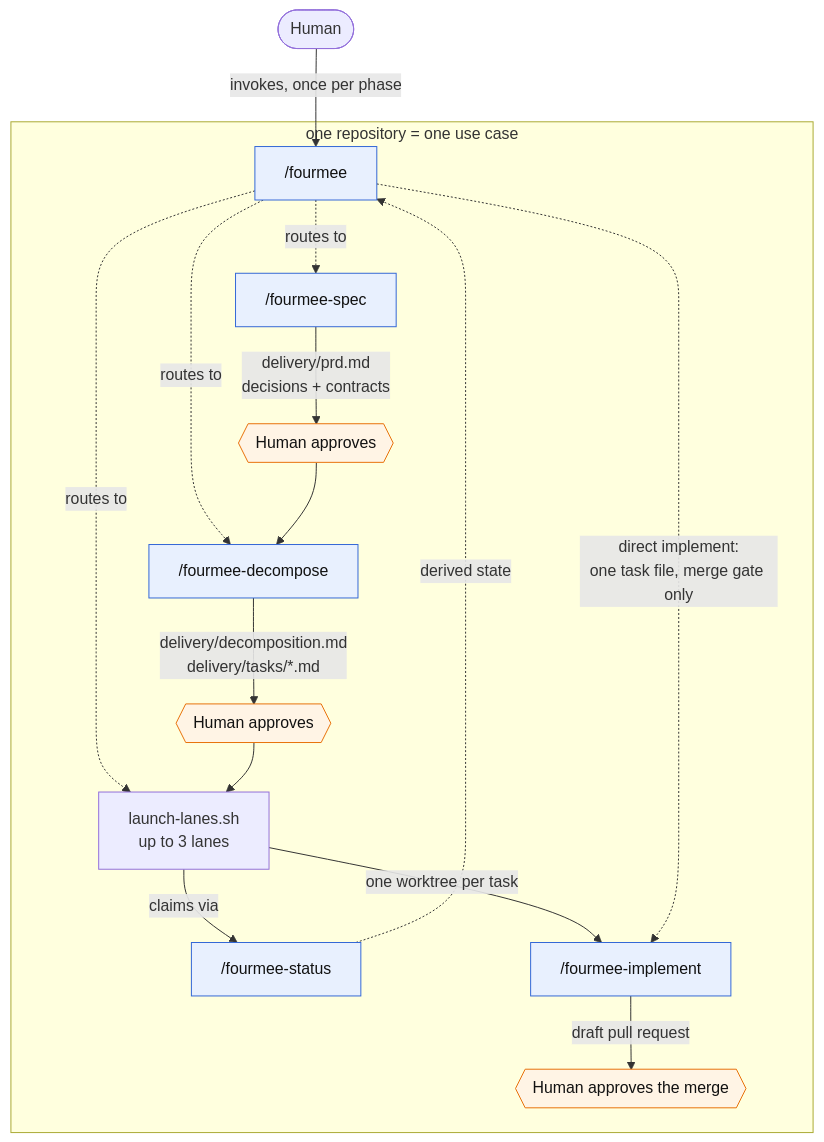
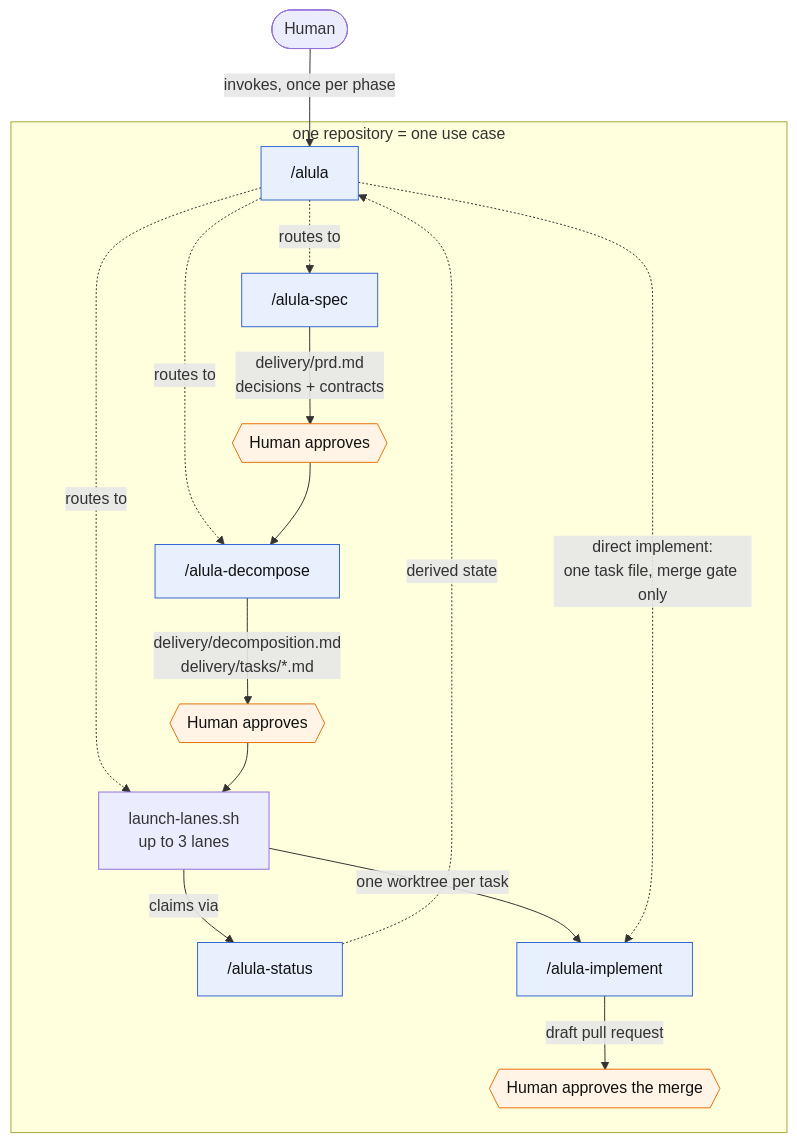
The first of 3 diagrams in README.md (ancelin-code/delivery-kit), drawn with Mermaid before and after one commit. The commit also changed other lines of this file and 66 other files, not shown here.

First line of the commit message:
refactor!: rename the kit from Fourmee to Alula

````diff
--- a/README.md
+++ b/README.md
@@ -36,27 +42,27 @@
 ```mermaid
 flowchart TD
-    H([Human]) -->|invokes, once per phase| O["/fourmee"]
+    H([Human]) -->|invokes, once per phase| O["/alula"]
 
     subgraph UC["one repository = one use case"]
-        O -.->|routes to| SPEC["/fourmee-spec"]
-        O -.->|routes to| DEC["/fourmee-decompose"]
+        O -.->|routes to| SPEC["/alula-spec"]
+        O -.->|routes to| DEC["/alula-decompose"]
         O -.->|routes to| LAUNCH["launch-lanes.sh<br/>up to 3 lanes"]
 
         SPEC -->|delivery/prd.md<br/>decisions + contracts| G1{{Human approves}}
         G1 --> DEC
         DEC -->|delivery/decomposition.md<br/>delivery/tasks/*.md| G2{{Human approves}}
         G2 --> LAUNCH
 
-        LAUNCH -->|claims via| ST["/fourmee-status"]
-        LAUNCH -->|one worktree per task| IMP["/fourmee-implement"]
+        LAUNCH -->|claims via| ST["/alula-status"]
+        LAUNCH -->|one worktree per task| IMP["/alula-implement"]
         IMP -->|draft pull request| G3{{Human approves the merge}}
     end
 
     O -.->|direct implement:<br/>one task file, merge gate only| IMP
     ST -.->|derived state| O
 
     classDef skill fill:#e8f0fe,stroke:#3367d6,color:#111
     classDef gate fill:#fff4e5,stroke:#e8710a,color:#111
     class O,SPEC,DEC,IMP,ST skill
     class G1,G2,G3 gate
 ```
````
